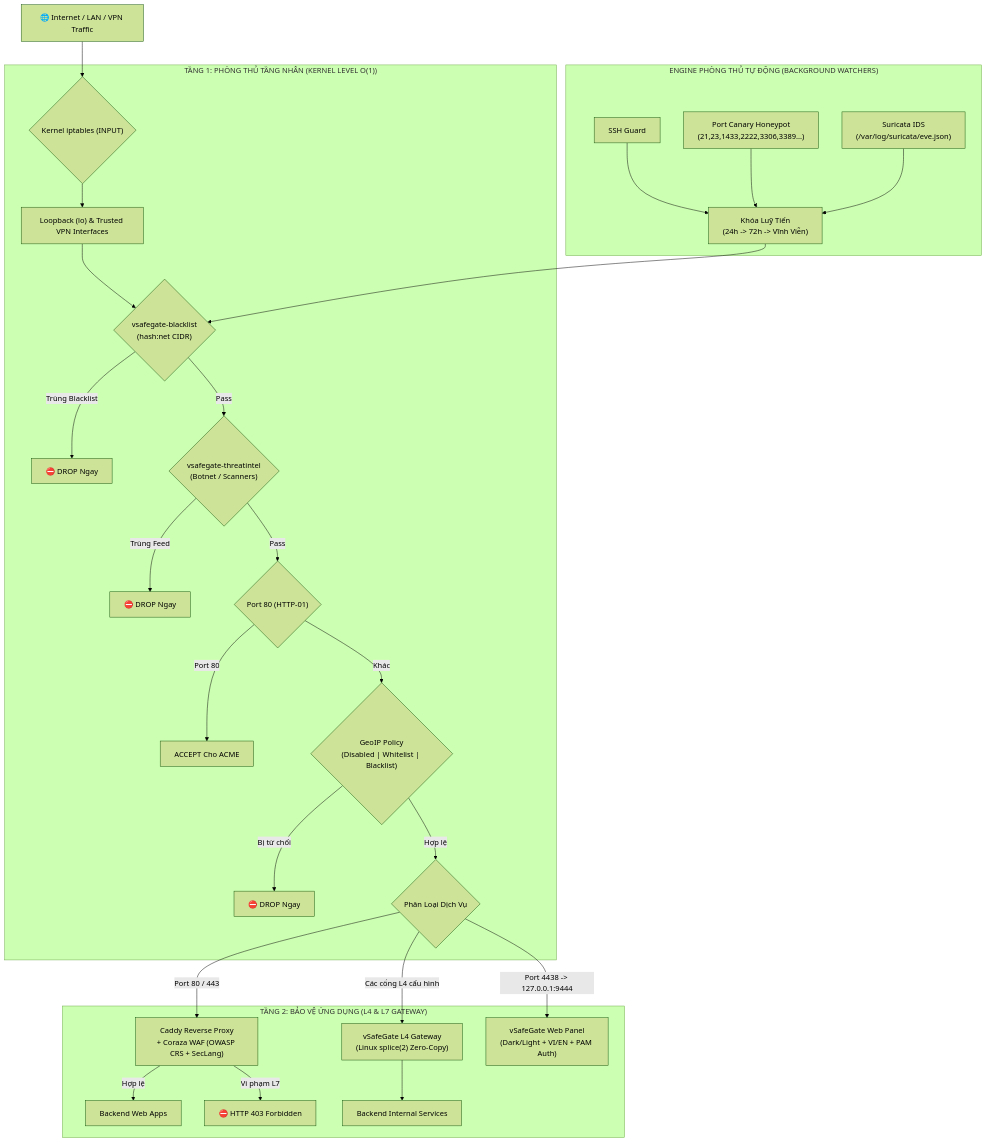
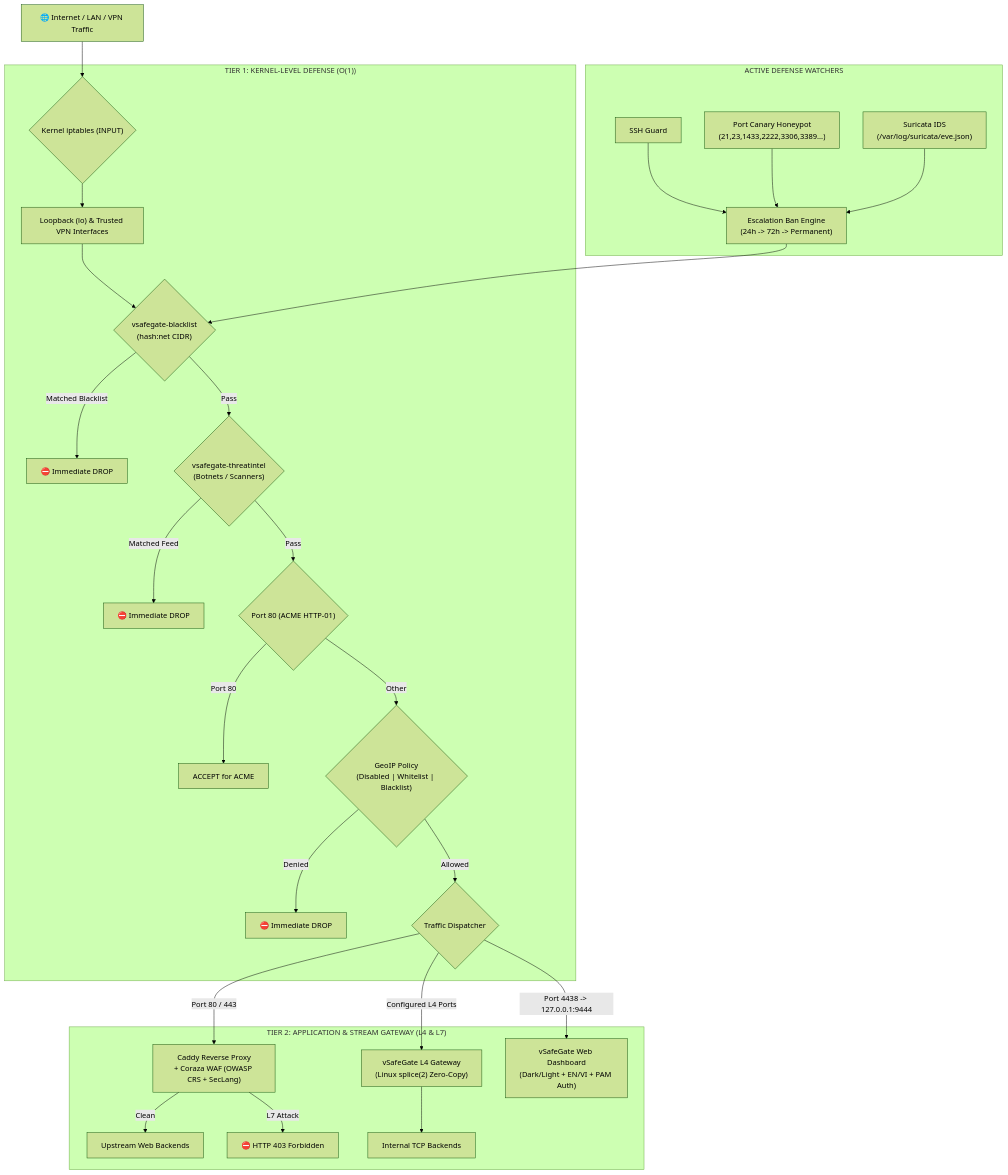
Before and after one commit to daovantrong/vSafeGate: the diagram in README.md, drawn with Mermaid (forest theme). The commit also changed other lines of this file and 2 other files, not shown here.

````diff
--- a/README.md
+++ b/README.md
@@ -150,40 +148,40 @@
 ```mermaid
 flowchart TD
     Client["🌐 Internet / LAN / VPN Traffic"] --> IPTables{"Kernel iptables (INPUT)"}
 
-    subgraph Tier1["TẦNG 1: PHÒNG THỦ TẦNG NHÂN (KERNEL LEVEL O(1))"]
+    subgraph Tier1["TIER 1: KERNEL-LEVEL DEFENSE (O(1))"]
         IPTables --> TrustedIF["Loopback (lo) & Trusted VPN Interfaces"]
         TrustedIF --> SetBlacklist{"vsafegate-blacklist\n(hash:net CIDR)"}
-        SetBlacklist -- "Trùng Blacklist" --> Drop1["⛔ DROP Ngay"]
+        SetBlacklist -- "Matched Blacklist" --> Drop1["⛔ Immediate DROP"]
 
-        SetBlacklist -- "Pass" --> SetThreat{"vsafegate-threatintel\n(Botnet / Scanners)"}
-        SetThreat -- "Trùng Feed" --> Drop2["⛔ DROP Ngay"]
+        SetBlacklist -- "Pass" --> SetThreat{"vsafegate-threatintel\n(Botnets / Scanners)"}
+        SetThreat -- "Matched Feed" --> Drop2["⛔ Immediate DROP"]
 
-        SetThreat -- "Pass" --> RuleHTTP{"Port 80 (HTTP-01)"}
-        RuleHTTP -- "Port 80" --> Accept1["ACCEPT Cho ACME"]
+        SetThreat -- "Pass" --> RuleHTTP{"Port 80 (ACME HTTP-01)"}
+        RuleHTTP -- "Port 80" --> Accept1["ACCEPT for ACME"]
 
-        RuleHTTP -- "Khác" --> SetGeo{"GeoIP Policy\n(Disabled | Whitelist | Blacklist)"}
-        SetGeo -- "Bị từ chối" --> Drop3["⛔ DROP Ngay"]
-        SetGeo -- "Hợp lệ" --> Dispatcher
+        RuleHTTP -- "Other" --> SetGeo{"GeoIP Policy\n(Disabled | Whitelist | Blacklist)"}
+        SetGeo -- "Denied" --> Drop3["⛔ Immediate DROP"]
+        SetGeo -- "Allowed" --> Dispatcher
     end
 
-    subgraph Tier2["TẦNG 2: BẢO VỆ ỨNG DỤNG (L4 & L7 GATEWAY)"]
-        Dispatcher{"Phân Loại Dịch Vụ"}
+    subgraph Tier2["TIER 2: APPLICATION & STREAM GATEWAY (L4 & L7)"]
+        Dispatcher{"Traffic Dispatcher"}
 
         Dispatcher -- "Port 80 / 443" --> CaddyWAF["Caddy Reverse Proxy\n+ Coraza WAF (OWASP CRS + SecLang)"]
-        CaddyWAF -- "Hợp lệ" --> WebUpstream["Backend Web Apps"]
-        CaddyWAF -- "Vi phạm L7" --> Block403["⛔ HTTP 403 Forbidden"]
+        CaddyWAF -- "Clean" --> WebUpstream["Upstream Web Backends"]
+        CaddyWAF -- "L7 Attack" --> Block403["⛔ HTTP 403 Forbidden"]
 
-        Dispatcher -- "Các cổng L4 cấu hình" --> L4Proxy["vSafeGate L4 Gateway\n(Linux splice(2) Zero-Copy)"]
-        L4Proxy --> BackendL4["Backend Internal Services"]
+        Dispatcher -- "Configured L4 Ports" --> L4Proxy["vSafeGate L4 Gateway\n(Linux splice(2) Zero-Copy)"]
+        L4Proxy --> BackendL4["Internal TCP Backends"]
 
-        Dispatcher -- "Port 4438 -> 127.0.0.1:9444" --> AdminPanel["vSafeGate Web Panel\n(Dark/Light + VI/EN + PAM Auth)"]
+        Dispatcher -- "Port 4438 -> 127.0.0.1:9444" --> AdminPanel["vSafeGate Web Dashboard\n(Dark/Light + EN/VI + PAM Auth)"]
     end
 
-    subgraph DefenseEngine["ENGINE PHÒNG THỦ TỰ ĐỘNG (BACKGROUND WATCHERS)"]
-        SSHGuardWatcher["SSH Guard"] --> EscalationBan["Khóa Luỹ Tiến\n(24h -> 72h -> Vĩnh Viễn)"]
+    subgraph DefenseEngine["ACTIVE DEFENSE WATCHERS"]
+        SSHGuardWatcher["SSH Guard"] --> EscalationBan["Escalation Ban Engine\n(24h -> 72h -> Permanent)"]
         CanaryHoneypot["Port Canary Honeypot\n(21,23,1433,2222,3306,3389...)"] --> EscalationBan
         SuricataIDS["Suricata IDS\n(/var/log/suricata/eve.json)"] --> EscalationBan
         EscalationBan --> SetBlacklist
     end
 ```
````
